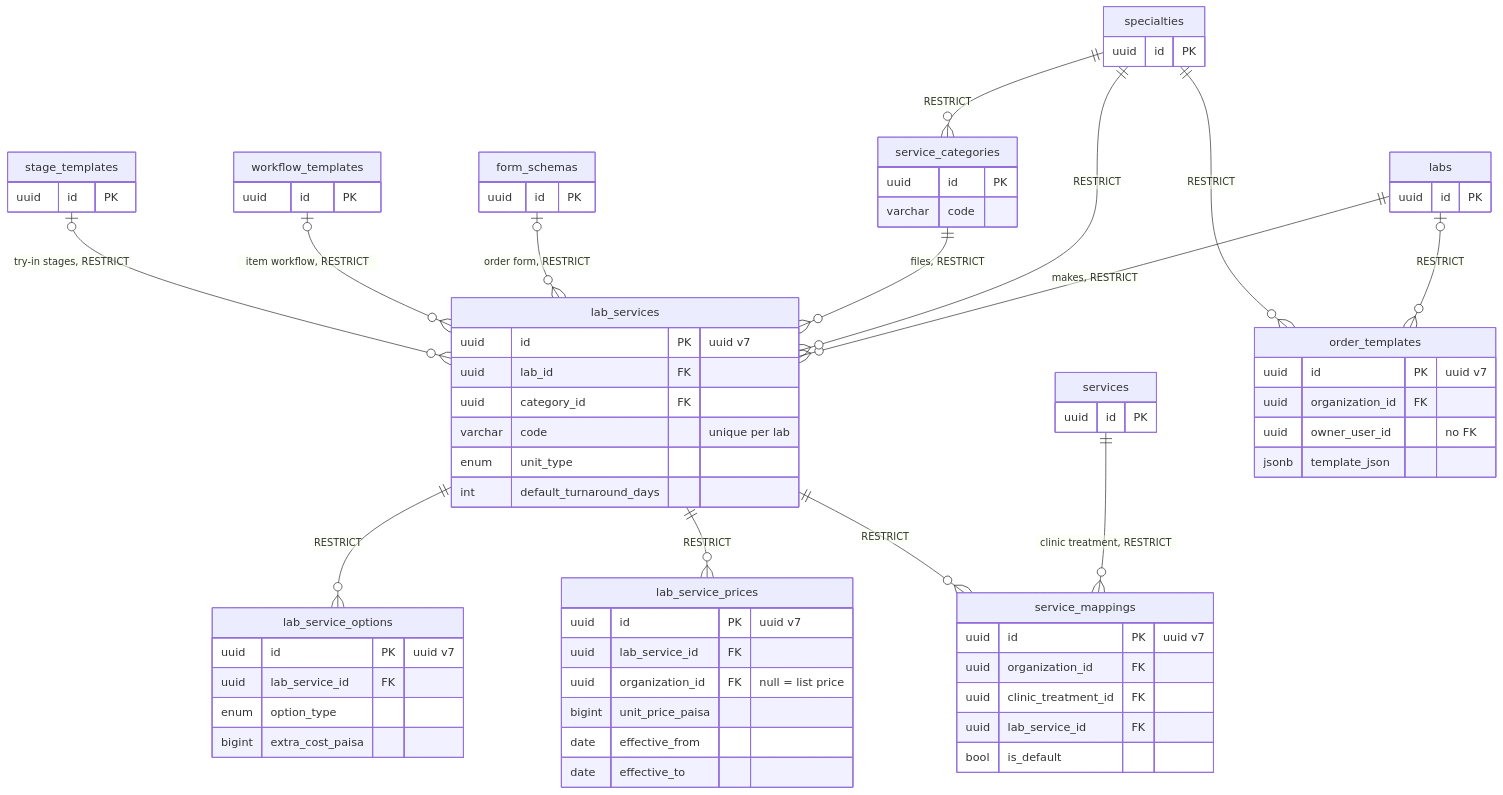
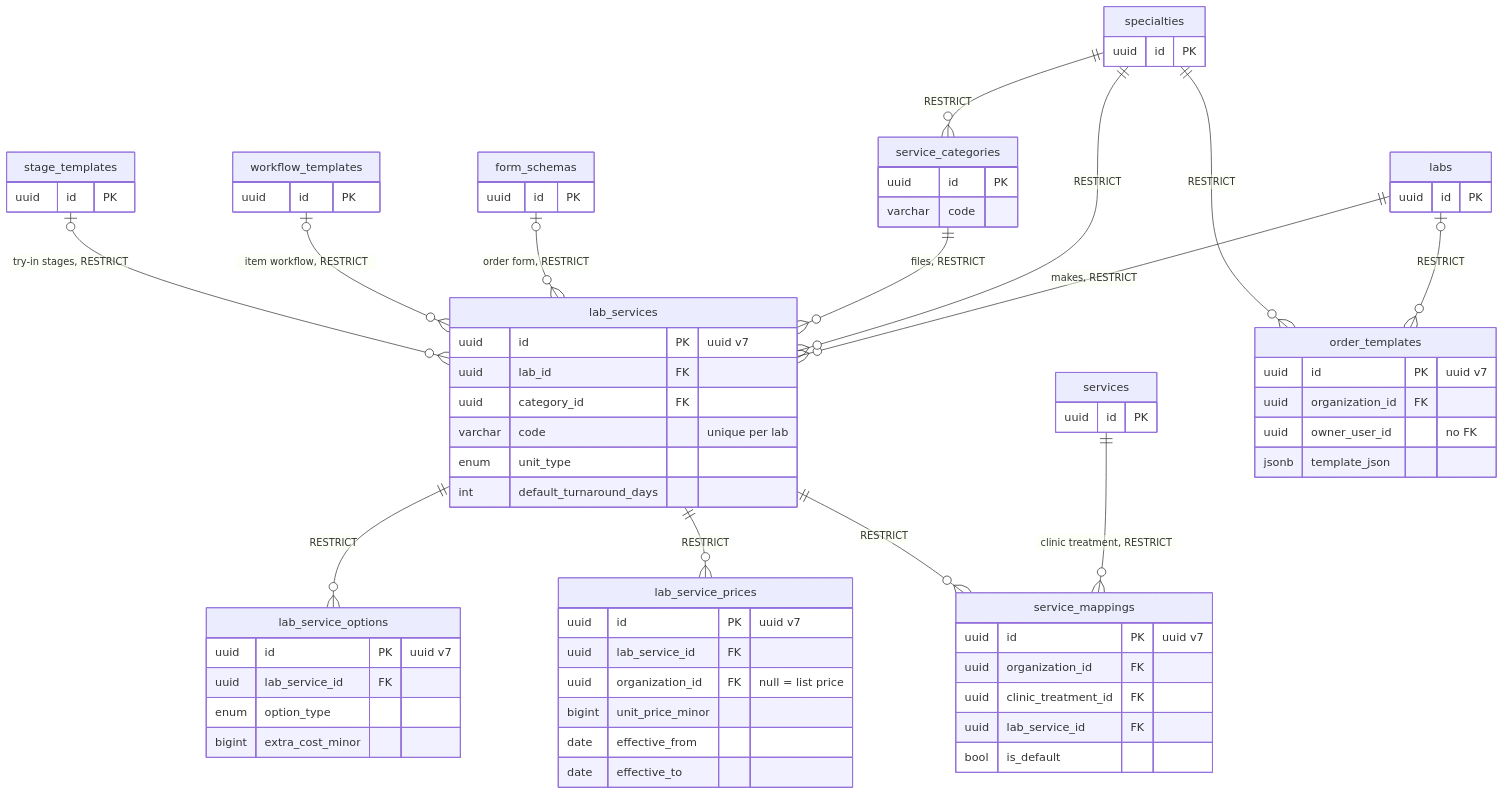
The diagram in docs/handbook/diagrams/ch25-lab-catalog-erd.mmd (moinuddin2004/cms), drawn with Mermaid before and after one commit. The commit also changed 436 other files, not shown here.

```diff
--- a/docs/handbook/diagrams/ch25-lab-catalog-erd.mmd
+++ b/docs/handbook/diagrams/ch25-lab-catalog-erd.mmd
@@ -1,71 +1,71 @@
 erDiagram
   labs ||--o{ lab_services : "makes, RESTRICT"
   specialties ||--o{ lab_services : "RESTRICT"
   specialties ||--o{ service_categories : "RESTRICT"
   service_categories ||--o{ lab_services : "files, RESTRICT"
   form_schemas |o--o{ lab_services : "order form, RESTRICT"
   workflow_templates |o--o{ lab_services : "item workflow, RESTRICT"
   stage_templates |o--o{ lab_services : "try-in stages, RESTRICT"
   lab_services ||--o{ lab_service_options : "RESTRICT"
   lab_services ||--o{ lab_service_prices : "RESTRICT"
   services ||--o{ service_mappings : "clinic treatment, RESTRICT"
   lab_services ||--o{ service_mappings : "RESTRICT"
   labs |o--o{ order_templates : "RESTRICT"
   specialties ||--o{ order_templates : "RESTRICT"
   lab_services {
     uuid id PK "uuid v7"
     uuid lab_id FK
     uuid category_id FK
     varchar code "unique per lab"
     enum unit_type
     int default_turnaround_days
   }
   lab_service_options {
     uuid id PK "uuid v7"
     uuid lab_service_id FK
     enum option_type
-    bigint extra_cost_paisa
+    bigint extra_cost_minor
   }
   lab_service_prices {
     uuid id PK "uuid v7"
     uuid lab_service_id FK
     uuid organization_id FK "null = list price"
-    bigint unit_price_paisa
+    bigint unit_price_minor
     date effective_from
     date effective_to
   }
   service_mappings {
     uuid id PK "uuid v7"
     uuid organization_id FK
     uuid clinic_treatment_id FK
     uuid lab_service_id FK
     bool is_default
   }
   order_templates {
     uuid id PK "uuid v7"
     uuid organization_id FK
     uuid owner_user_id "no FK"
     jsonb template_json
   }
   service_categories {
     uuid id PK
     varchar code
   }
   labs {
     uuid id PK
   }
   specialties {
     uuid id PK
   }
   services {
     uuid id PK
   }
   form_schemas {
     uuid id PK
   }
   workflow_templates {
     uuid id PK
   }
   stage_templates {
     uuid id PK
   }
```
